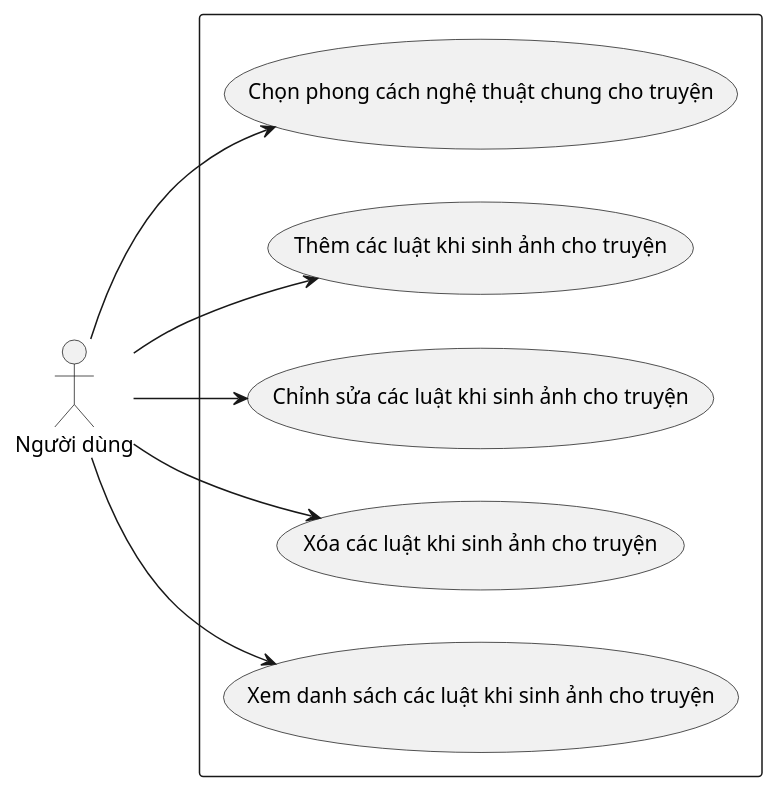
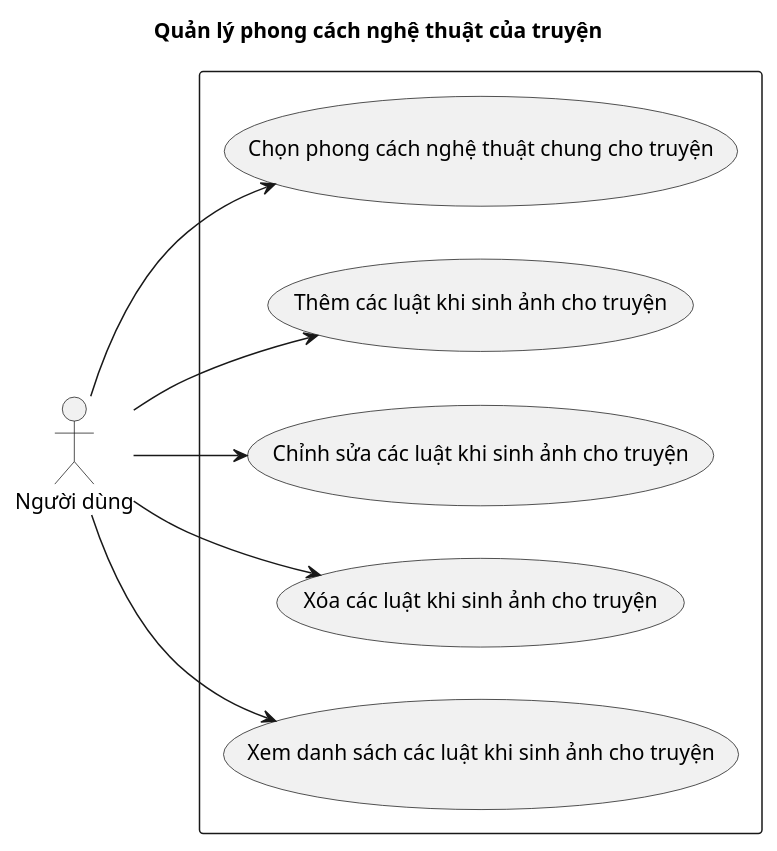
The diagram in docs/use-case-diagrams/uc_01_04.puml (202416852-anhpv/story2video-docs), drawn with PlantUML before and after one commit. The commit also changed 6 other files, not shown here.

Commit message:
docs: add titles to use case diagrams

```diff
--- a/docs/use-case-diagrams/uc_01_04.puml
+++ b/docs/use-case-diagrams/uc_01_04.puml
@@ -1,20 +1,21 @@
-@startuml uc_01_04
+@startuml
+title Quản lý phong cách nghệ thuật của truyện
 left to right direction
 
 actor "Người dùng" as User
 
 rectangle {
     usecase "Chọn phong cách nghệ thuật chung cho truyện" as UC_01
     usecase "Thêm các luật khi sinh ảnh cho truyện" as UC_02
     usecase "Chỉnh sửa các luật khi sinh ảnh cho truyện" as UC_03
     usecase "Xóa các luật khi sinh ảnh cho truyện" as UC_04
     usecase "Xem danh sách các luật khi sinh ảnh cho truyện" as UC_05
 }
 
 User --> UC_01
 User --> UC_02
 User --> UC_03
 User --> UC_04
 User --> UC_05
 
 @enduml
```
